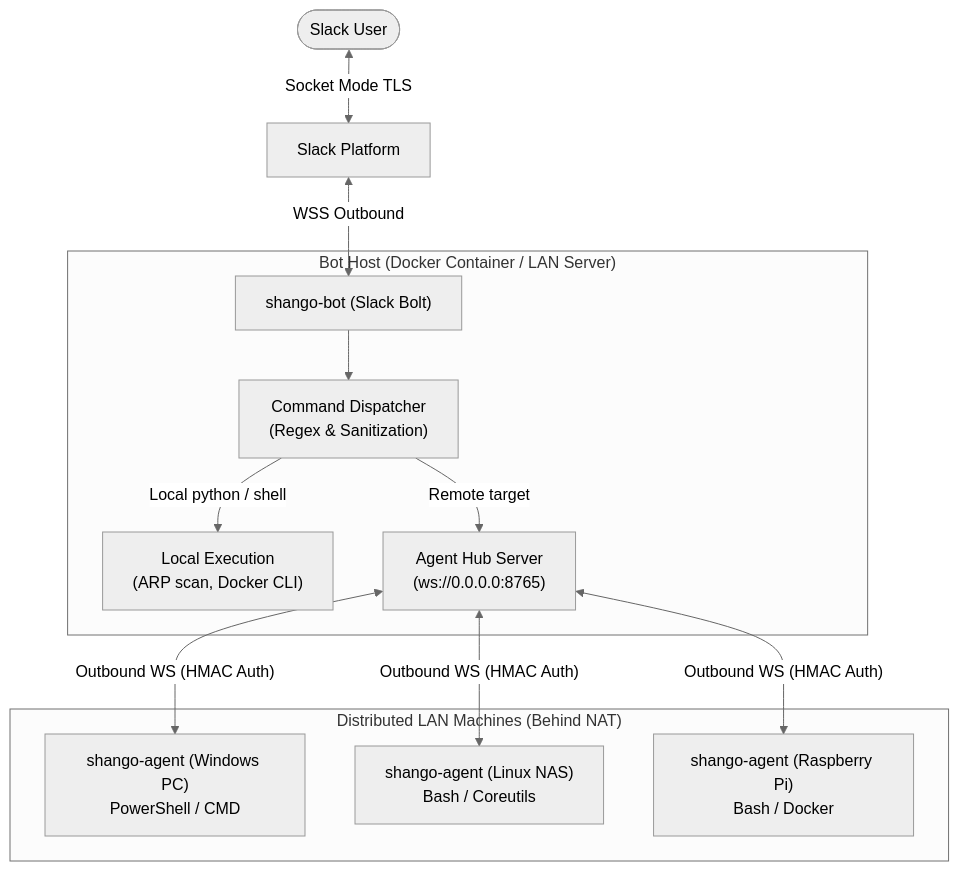
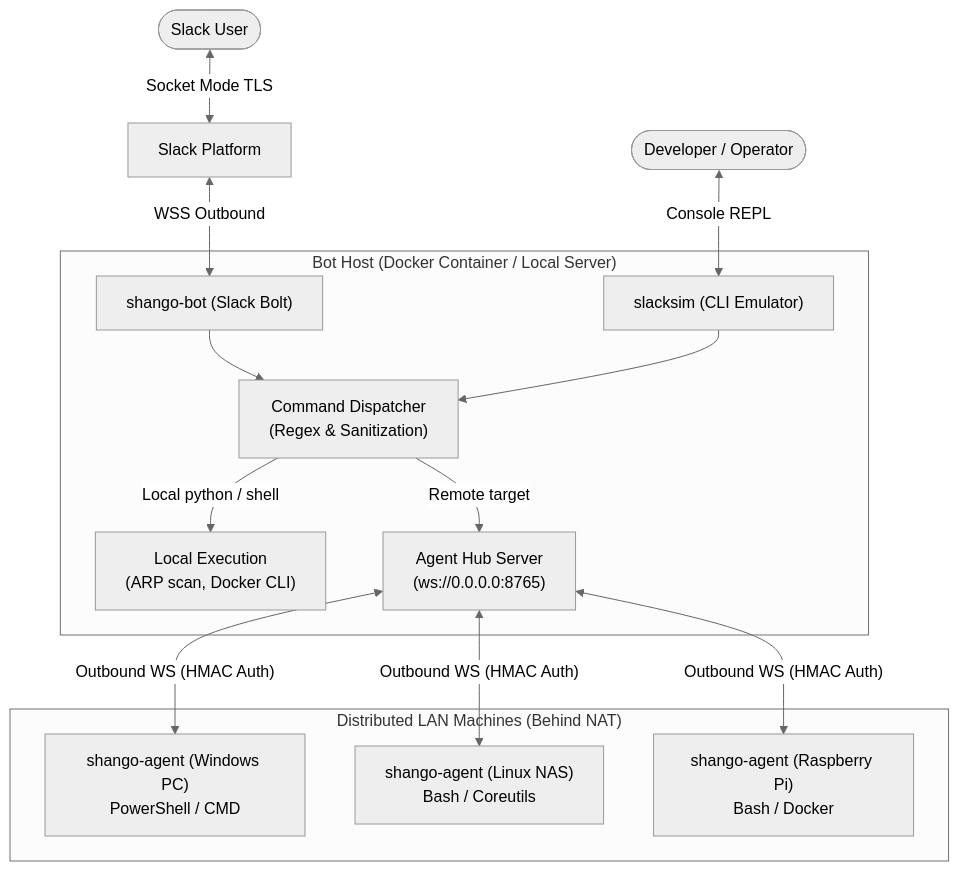
Before and after one commit to lhotakj/cmdiqo: the first of 2 diagrams in OVERVIEW.md, drawn with Mermaid (neutral theme). The commit also changed other lines of this file and 22 other files, not shown here.

````diff
--- a/OVERVIEW.md
+++ b/OVERVIEW.md
@@ -16,17 +16,19 @@
 ```mermaid
 graph TD
     User([Slack User]) <-->|Socket Mode TLS| Slack[Slack Platform]
     Slack <-->|WSS Outbound| BotApp["shango-bot (Slack Bolt)"]
+    DevUser([Developer / Operator]) <-->|Console REPL| SlackSim["slacksim (CLI Emulator)"]
 
-    subgraph BotHost ["Bot Host (Docker Container / LAN Server)"]
+    subgraph BotHost ["Bot Host (Docker Container / Local Server)"]
         BotApp --> Dispatcher["Command Dispatcher\n(Regex & Sanitization)"]
+        SlackSim --> Dispatcher
         Dispatcher -->|Local python / shell| LocalExec["Local Execution\n(ARP scan, Docker CLI)"]
         Dispatcher -->|Remote target| Hub["Agent Hub Server\n(ws://0.0.0.0:8765)"]
     end
 
     subgraph RemoteAgents ["Distributed LAN Machines (Behind NAT)"]
         Hub <-->|"Outbound WS (HMAC Auth)"| AgentWin["shango-agent (Windows PC)\nPowerShell / CMD"]
         Hub <-->|"Outbound WS (HMAC Auth)"| AgentLinux["shango-agent (Linux NAS)\nBash / Coreutils"]
         Hub <-->|"Outbound WS (HMAC Auth)"| AgentPi["shango-agent (Raspberry Pi)\nBash / Docker"]
     end
 ```
````
